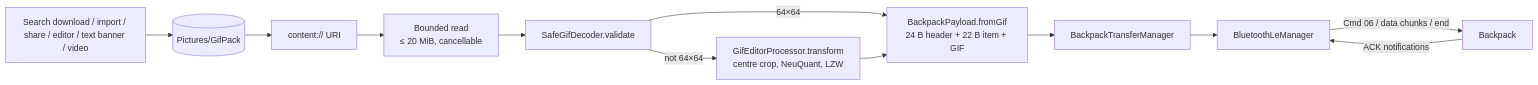
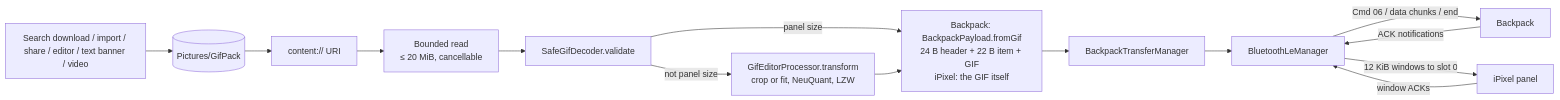
The diagram in docs/architecture.md (PeterkoCZ91/iledcolor-backpack), drawn with Mermaid before and after one commit. The commit also changed other lines of this file and 139 other files, not shown here.

````diff
--- a/docs/architecture.md
+++ b/docs/architecture.md
@@ -37,14 +42,16 @@
 ```mermaid
 flowchart LR
     SRC[Search download / import / share / editor / text banner / video] --> LIB[(Pictures/GifPack)]
     LIB --> URI[content:// URI]
     URI --> READ[Bounded read<br/>≤ 20 MiB, cancellable]
     READ --> VAL[SafeGifDecoder.validate]
-    VAL -->|not 64×64| CONV[GifEditorProcessor.transform<br/>centre crop, NeuQuant, LZW]
-    VAL -->|64×64| PAY
-    CONV --> PAY[BackpackPayload.fromGif<br/>24 B header + 22 B item + GIF]
+    VAL -->|not panel size| CONV[GifEditorProcessor.transform<br/>crop or fit, NeuQuant, LZW]
+    VAL -->|panel size| PAY
+    CONV --> PAY[Backpack: BackpackPayload.fromGif<br/>24 B header + 22 B item + GIF<br/>iPixel: the GIF itself]
     PAY --> TM[BackpackTransferManager]
     TM --> BLE[BluetoothLeManager]
     BLE -->|Cmd 06 / data chunks / end| DEV[Backpack]
+    BLE -->|12 KiB windows to slot 0| IPX[iPixel panel]
     DEV -->|ACK notifications| BLE
+    IPX -->|window ACKs| BLE
 ```
````
